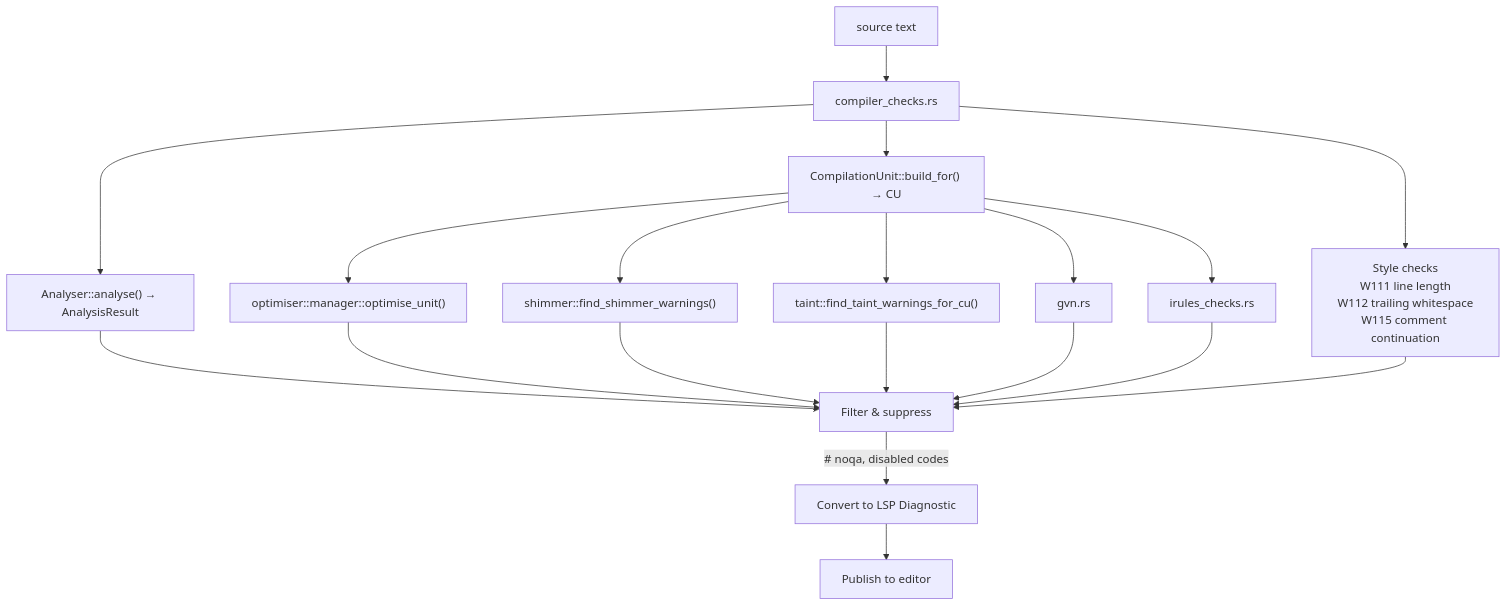
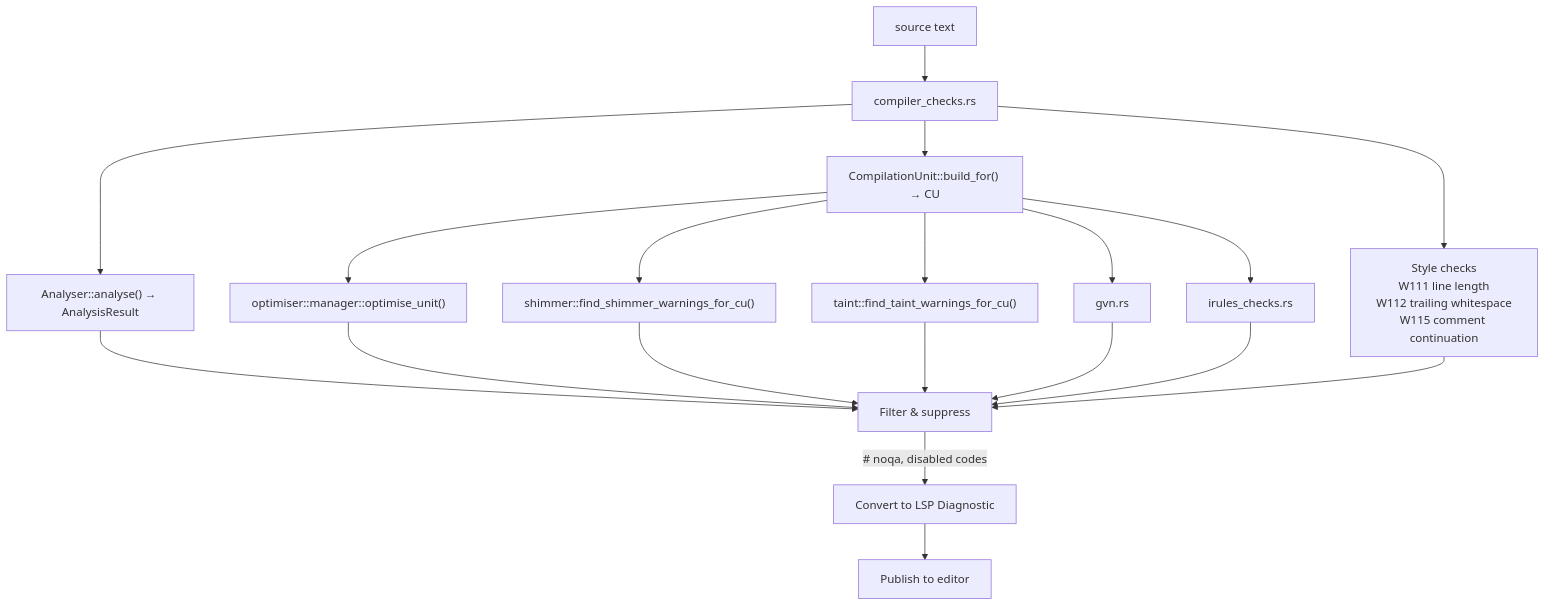
Diagram 17 of 20 in docs/design/compiler-architecture.md (bitwisecook/tcl-lsp), drawn with Mermaid before and after one commit. The commit also changed other lines of this file and 5 other files, not shown here.

````diff
--- a/docs/design/compiler-architecture.md
+++ b/docs/design/compiler-architecture.md
@@ -618,26 +752,26 @@
 ```mermaid
 flowchart TD
     SRC["source text"] --> GD["compiler_checks.rs"]
 
     GD --> CS["CompilationUnit::build_for() → CU"]
     GD --> AN["Analyser::analyse() → AnalysisResult"]
 
     GD --> STYLE["Style checks<br/>W111 line length<br/>W112 trailing whitespace<br/>W115 comment continuation"]
 
     CS --> OPT["optimiser::manager::optimise_unit()"]
-    CS --> SHIM["shimmer::find_shimmer_warnings()"]
+    CS --> SHIM["shimmer::find_shimmer_warnings_for_cu()"]
     CS --> TAINT["taint::find_taint_warnings_for_cu()"]
     CS --> GVN["gvn.rs"]
     CS --> IFLOW["irules_checks.rs"]
 
     AN --> FILT["Filter & suppress"]
     OPT --> FILT
     SHIM --> FILT
     TAINT --> FILT
     GVN --> FILT
     IFLOW --> FILT
     STYLE --> FILT
 
     FILT -->|"# noqa, disabled codes"| CONV["Convert to LSP Diagnostic"]
     CONV --> LSP["Publish to editor"]
 ```
````
